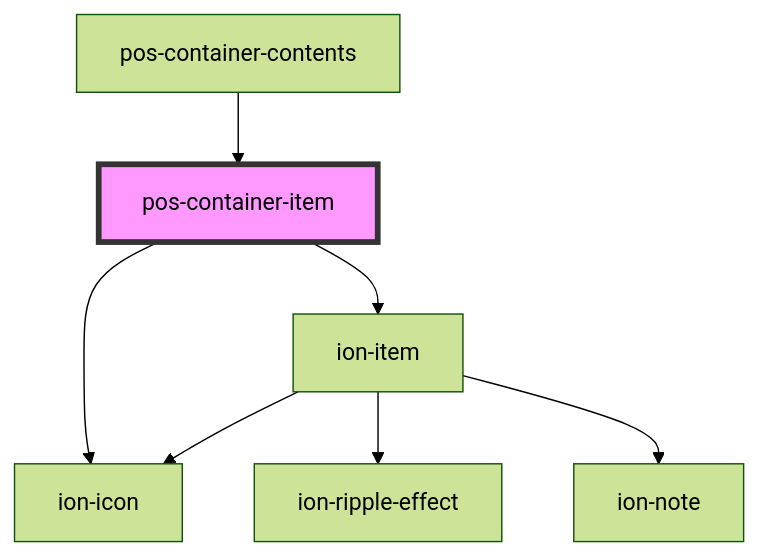
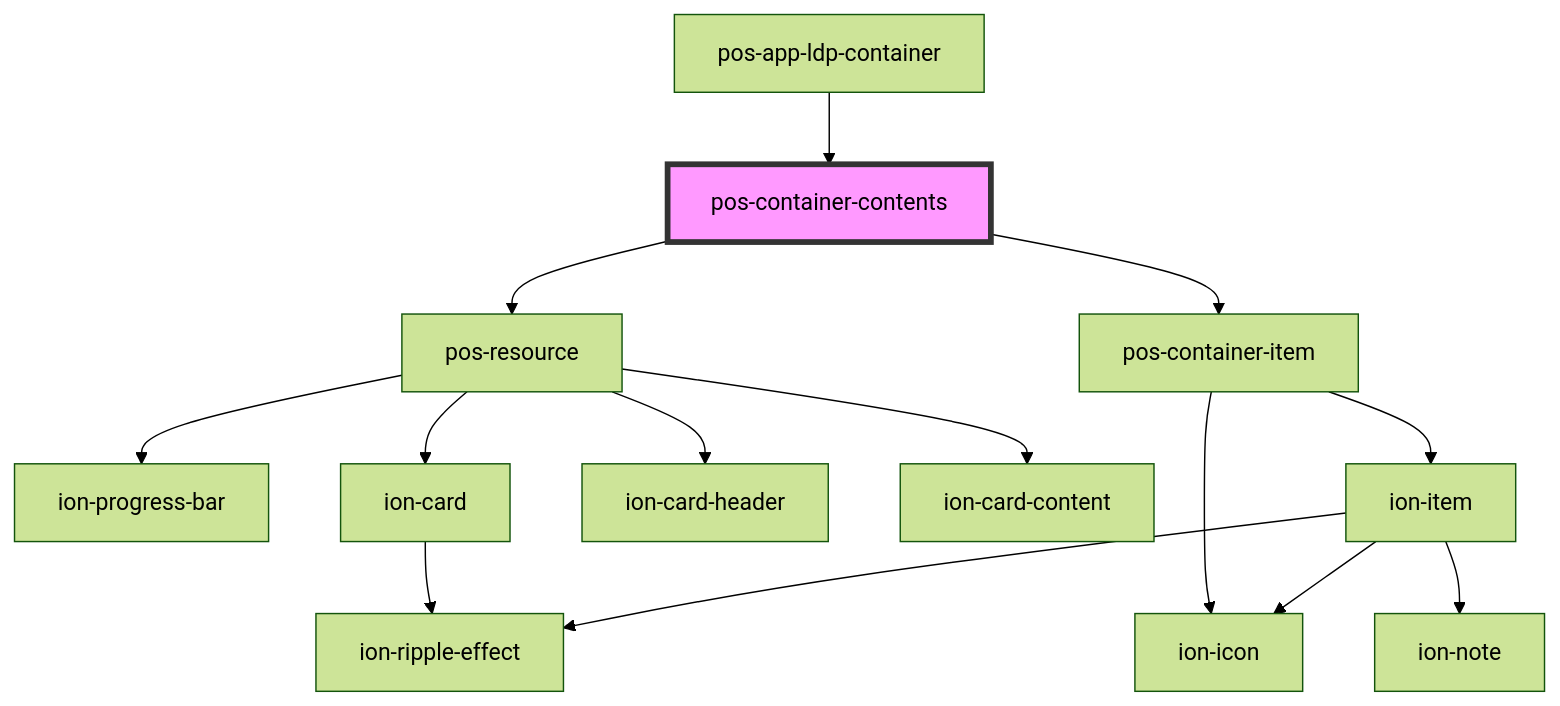
Before and after one commit to pod-os/PodOS: the diagram in docs/elements/components/pos-container-contents/readme.md, drawn with Mermaid (forest theme). The commit also changed other lines of this file and 6 other files, not shown here.

````diff
--- a/docs/elements/components/pos-container-contents/readme.md
+++ b/docs/elements/components/pos-container-contents/readme.md
@@ -28,10 +27,17 @@
 ```mermaid
 graph TD;
+  pos-container-contents --> pos-resource
+  pos-container-contents --> pos-container-item
+  pos-resource --> ion-progress-bar
+  pos-resource --> ion-card
+  pos-resource --> ion-card-header
+  pos-resource --> ion-card-content
+  ion-card --> ion-ripple-effect
   pos-container-item --> ion-item
   pos-container-item --> ion-icon
   ion-item --> ion-icon
   ion-item --> ion-ripple-effect
   ion-item --> ion-note
-  pos-container-contents --> pos-container-item
-  style pos-container-item fill:#f9f,stroke:#333,stroke-width:4px
+  pos-app-ldp-container --> pos-container-contents
+  style pos-container-contents fill:#f9f,stroke:#333,stroke-width:4px
 ```
````
